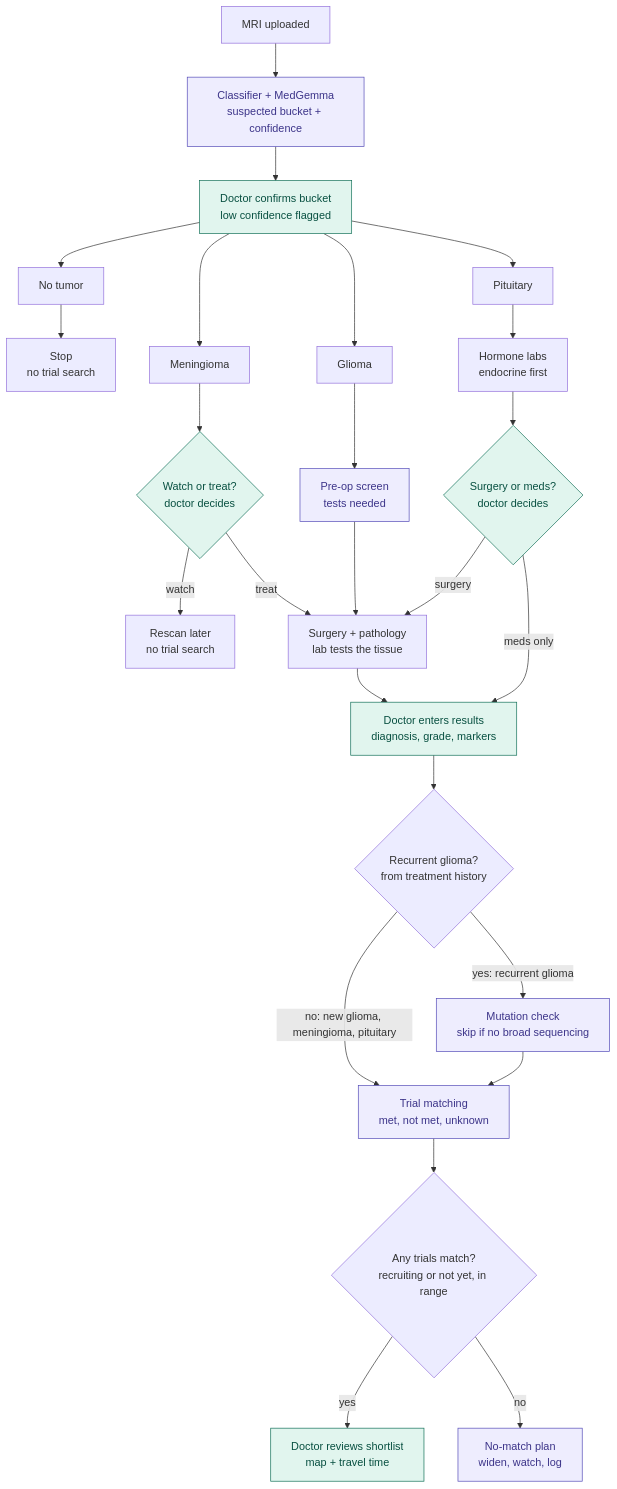
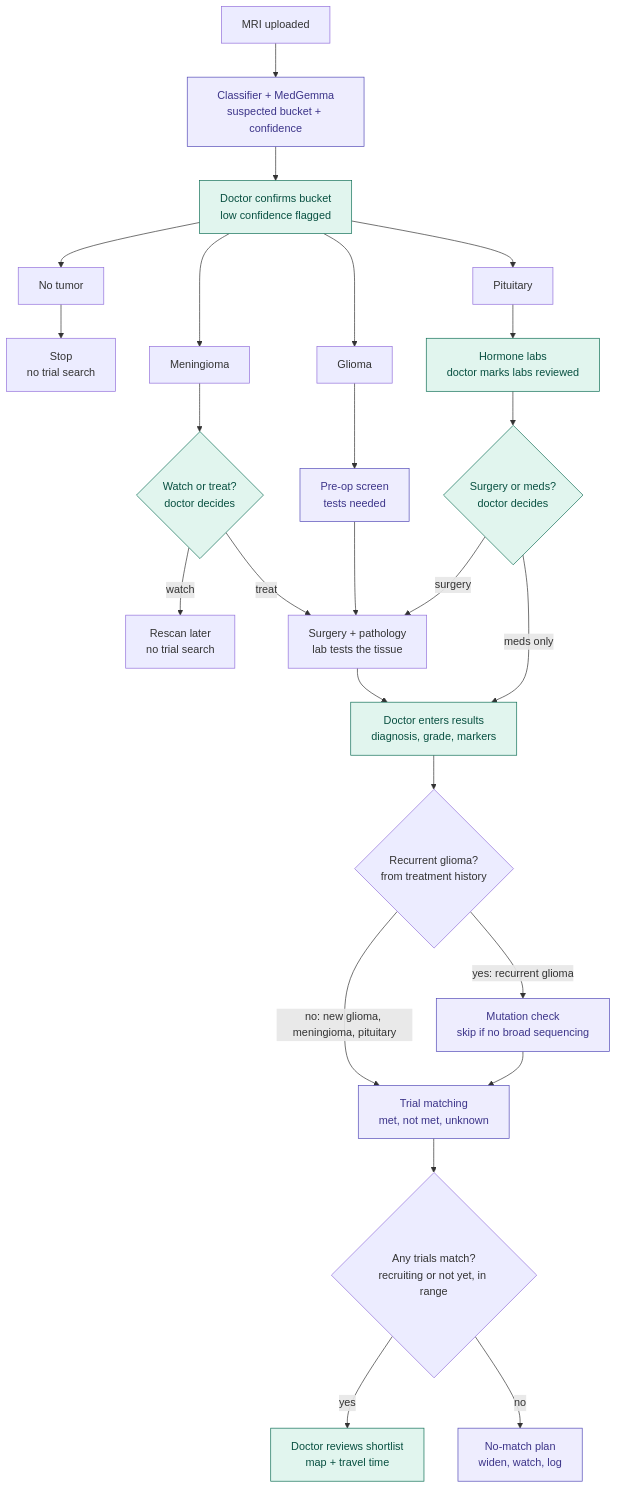
Before and after one commit to mohjique/cortexa: the diagram in docs/decision-tree.md, drawn with Mermaid. The commit also changed other lines of this file and 7 other files, not shown here.

````diff
--- a/docs/decision-tree.md
+++ b/docs/decision-tree.md
@@ -9,31 +9,31 @@
 ```mermaid
 flowchart TD
     A[MRI uploaded] --> B["Classifier + MedGemma<br/>suspected bucket + confidence"]
     B --> C["Doctor confirms bucket<br/>low confidence flagged"]
 
     C --> NT[No tumor] --> STOP["Stop<br/>no trial search"]
     C --> MEN[Meningioma] --> WT{"Watch or treat?<br/>doctor decides"}
     WT -- watch --> RESCAN["Rescan later<br/>no trial search"]
     WT -- treat --> SP
     C --> GL[Glioma] --> PRE["Pre-op screen<br/>tests needed"]
     PRE --> SP
-    C --> PIT[Pituitary] --> HL["Hormone labs<br/>endocrine first"]
+    C --> PIT[Pituitary] --> HL["Hormone labs<br/>doctor marks labs reviewed"]
     HL --> SM{"Surgery or meds?<br/>doctor decides"}
     SM -- surgery --> SP
     SM -- "meds only" --> DR
 
     SP["Surgery + pathology<br/>lab tests the tissue"] --> DR["Doctor enters results<br/>diagnosis, grade, markers"]
     DR --> REC{"Recurrent glioma?<br/>from treatment history"}
     REC -- "no: new glioma, meningioma, pituitary" --> TM
     REC -- "yes: recurrent glioma" --> MC["Mutation check<br/>skip if no broad sequencing"]
     MC --> TM
 
     TM["Trial matching<br/>met, not met, unknown"] --> ANY{"Any trials match?<br/>recruiting or not yet, in range"}
     ANY -- yes --> SL["Doctor reviews shortlist<br/>map + travel time"]
     ANY -- no --> NM["No-match plan<br/>widen, watch, log"]
 
     classDef ai fill:#EEEDFE,stroke:#534AB7,color:#3C3489
     classDef doc fill:#E1F5EE,stroke:#0F6E56,color:#085041
     class B,PRE,MC,TM,NM ai
-    class C,WT,SM,DR,SL doc
+    class C,WT,HL,SM,DR,SL doc
 ```
````
